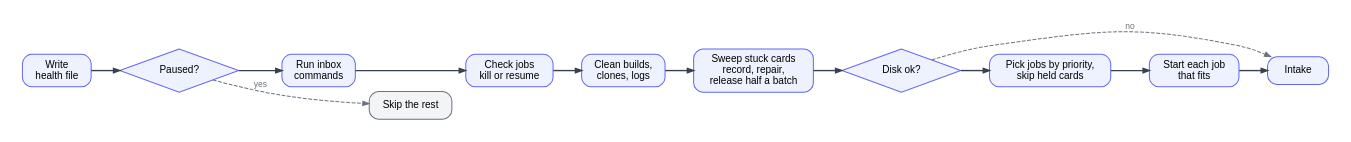
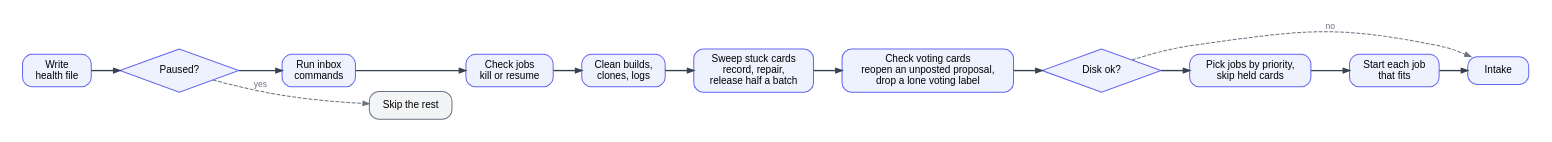
Before and after one commit to ROAM-game-org/road-machiners: the diagram in factory/docs/diagrams/tick.dot, drawn with Graphviz. The commit also changed 9 other files, not shown here.

First line of the commit message:
Keep the proposal of a closed voting issue closed, and show the voting check in the tick and public diagrams

```diff
--- a/factory/docs/diagrams/tick.dot
+++ b/factory/docs/diagrams/tick.dot
@@ -1,15 +1,16 @@
 // One tick. Black: normal path. Grey: the tick skips steps. Intake runs last, so its failure never holds back a job.
-// The stuck sweep runs on the board the tick read, and its crash never holds back the jobs.
+// The stuck sweep and the voting check run on the board the tick read, and their crashes never hold back the jobs.
 digraph tick {
   rankdir=LR; nodesep=0.3; ranksep=0.5; bgcolor=white; pad=0.3;
   node [shape=box, style="rounded,filled", fillcolor="#eef2ff", color="#6366f1", fontname="Helvetica", fontsize=13, margin="0.15,0.1", penwidth=1.3, width=1.1];
   edge [color="#374151", penwidth=1.8, arrowsize=0.8, fontname="Helvetica", fontsize=11];
   H [label="Write\nhealth file"]; Q [label="Paused?", shape=diamond, style=filled, width=1.1]; IN [label="Run inbox\ncommands"];
   J [label="Check jobs\nkill or resume"]; K [label="Intake"]; CL [label="Clean builds,\nclones, logs"];
   SW [label="Sweep stuck cards\nrecord, repair,\nrelease half a batch"];
+  RV [label="Check voting cards\nreopen an unposted proposal,\ndrop a lone voting label"];
   DSK [label="Disk ok?", shape=diamond, style=filled, width=1.1]; PK [label="Pick jobs by priority,\nskip held cards"]; ST [label="Start each job\nthat fits"];
   STOP [label="Skip the rest", fillcolor="#f3f4f6", color="#6b7280"];
-  H -> Q -> IN -> J -> CL -> SW -> DSK -> PK -> ST -> K [weight=100];
+  H -> Q -> IN -> J -> CL -> SW -> RV -> DSK -> PK -> ST -> K [weight=100];
   edge [color="#6b7280", fontcolor="#6b7280", style=dashed, penwidth=1.3, weight=0];
   Q -> STOP [label="yes"]; DSK -> K [label="no"];
 }
```
